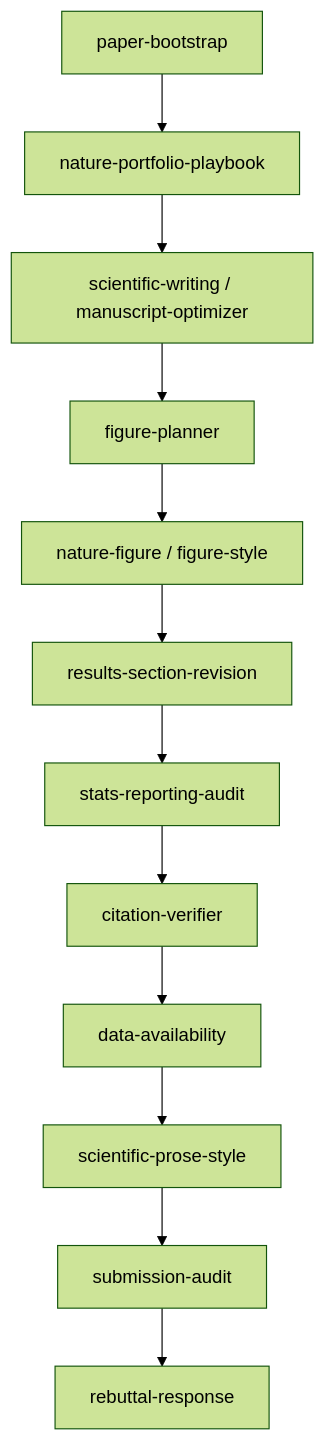
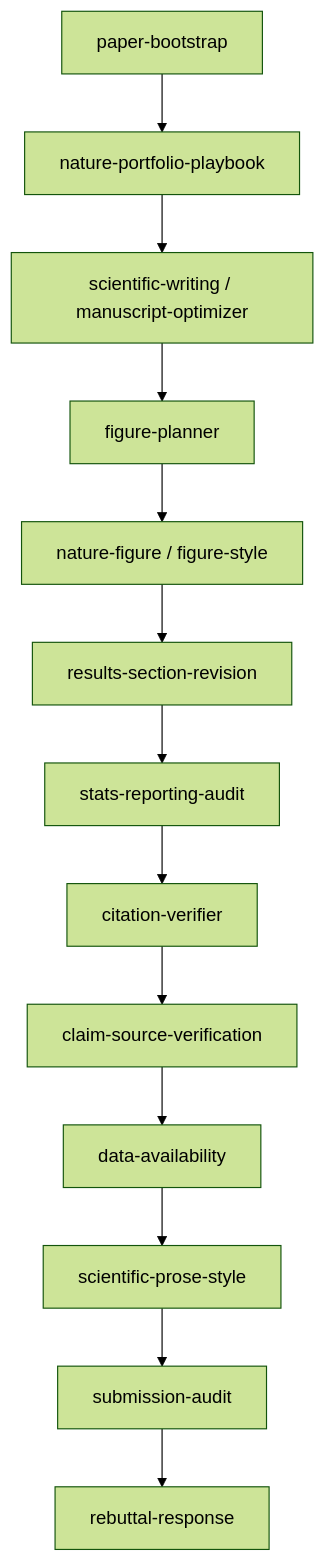
The diagram in README.en.md (Boom5426/Nature-Paper-Skills), drawn with Mermaid (forest theme) before and after one commit. The commit also changed other lines of this file and 16 other files, not shown here.

````diff
--- a/README.en.md
+++ b/README.en.md
@@ -123,14 +123,15 @@
 ```mermaid
 flowchart TD
     A[paper-bootstrap] --> B[nature-portfolio-playbook]
     B --> C["scientific-writing / manuscript-optimizer"]
     C --> D[figure-planner]
     D --> E["nature-figure / figure-style"]
     E --> F[results-section-revision]
     F --> G[stats-reporting-audit]
     G --> H[citation-verifier]
-    H --> I[data-availability]
+    H --> H2[claim-source-verification]
+    H2 --> I[data-availability]
     I --> J[scientific-prose-style]
     J --> K[submission-audit]
     K --> L[rebuttal-response]
 ```
````
